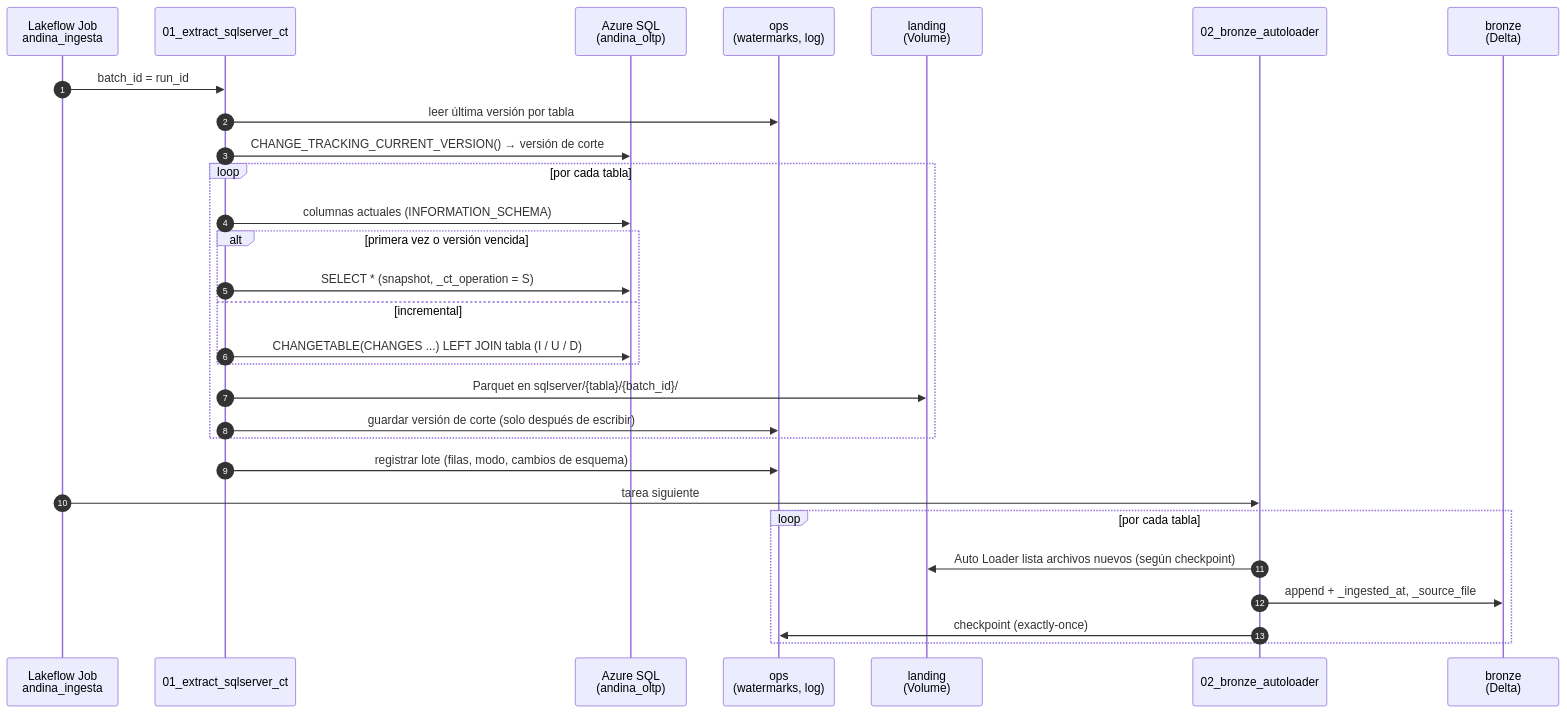
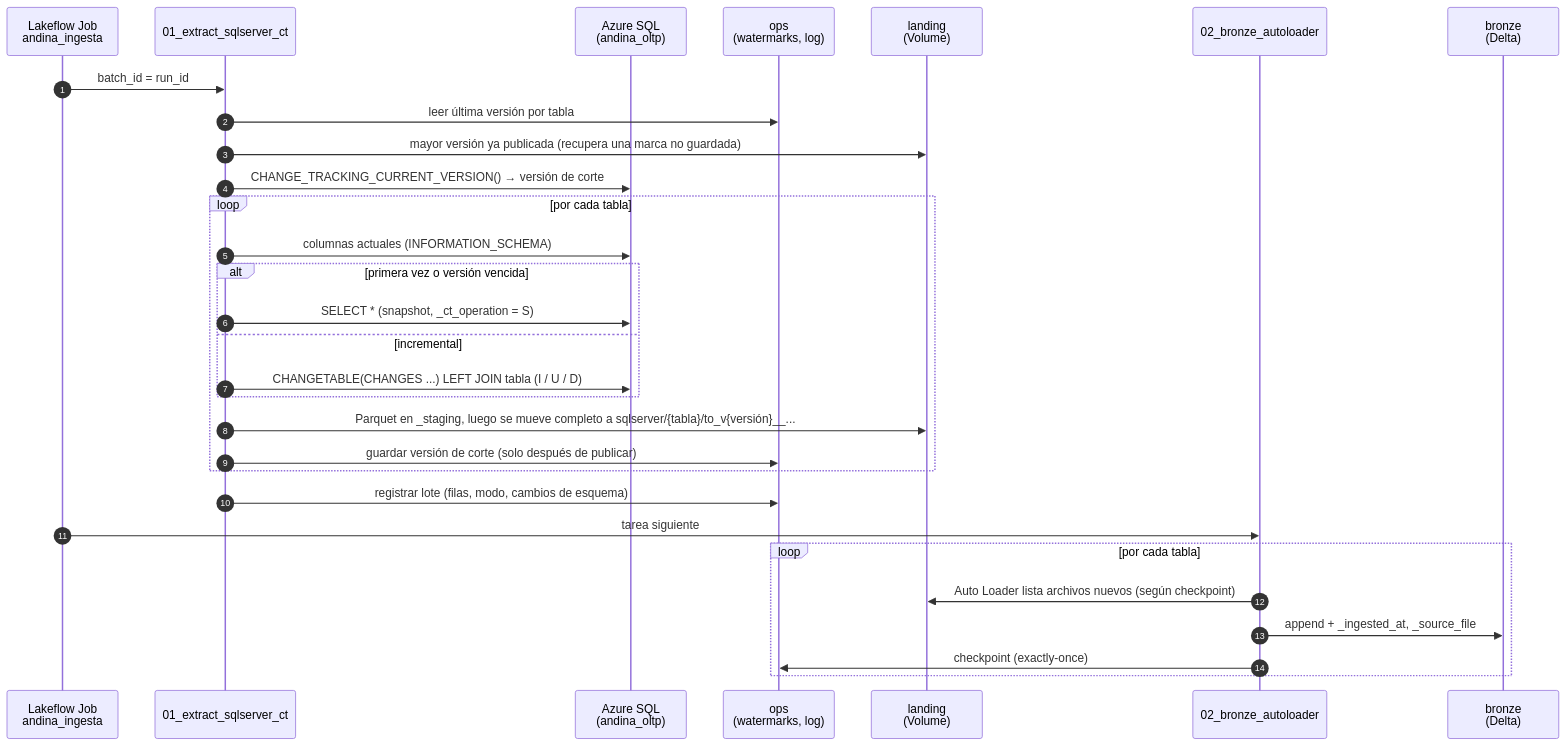
Before and after one commit to richardyony/andina-market: the second of 3 diagrams in docs/arquitectura.md, drawn with Mermaid. The commit also changed other lines of this file and 3 other files, not shown here.

````diff
--- a/docs/arquitectura.md
+++ b/docs/arquitectura.md
@@ -66,32 +66,33 @@
 ```mermaid
 sequenceDiagram
     autonumber
     participant J as Lakeflow Job<br/>andina_ingesta
     participant X as 01_extract_sqlserver_ct
     participant S as Azure SQL<br/>(andina_oltp)
     participant O as ops<br/>(watermarks, log)
     participant L as landing<br/>(Volume)
     participant A as 02_bronze_autoloader
     participant B as bronze<br/>(Delta)
 
     J->>X: batch_id = run_id
     X->>O: leer última versión por tabla
+    X->>L: mayor versión ya publicada (recupera una marca no guardada)
     X->>S: CHANGE_TRACKING_CURRENT_VERSION() → versión de corte
     loop por cada tabla
         X->>S: columnas actuales (INFORMATION_SCHEMA)
         alt primera vez o versión vencida
             X->>S: SELECT * (snapshot, _ct_operation = S)
         else incremental
             X->>S: CHANGETABLE(CHANGES ...) LEFT JOIN tabla (I / U / D)
         end
-        X->>L: Parquet en sqlserver/{tabla}/{batch_id}/
-        X->>O: guardar versión de corte (solo después de escribir)
+        X->>L: Parquet en _staging, luego se mueve completo a sqlserver/{tabla}/to_v{versión}__...
+        X->>O: guardar versión de corte (solo después de publicar)
     end
     X->>O: registrar lote (filas, modo, cambios de esquema)
     J->>A: tarea siguiente
     loop por cada tabla
         A->>L: Auto Loader lista archivos nuevos (según checkpoint)
         A->>B: append + _ingested_at, _source_file
         A->>O: checkpoint (exactly-once)
     end
 ```
````
